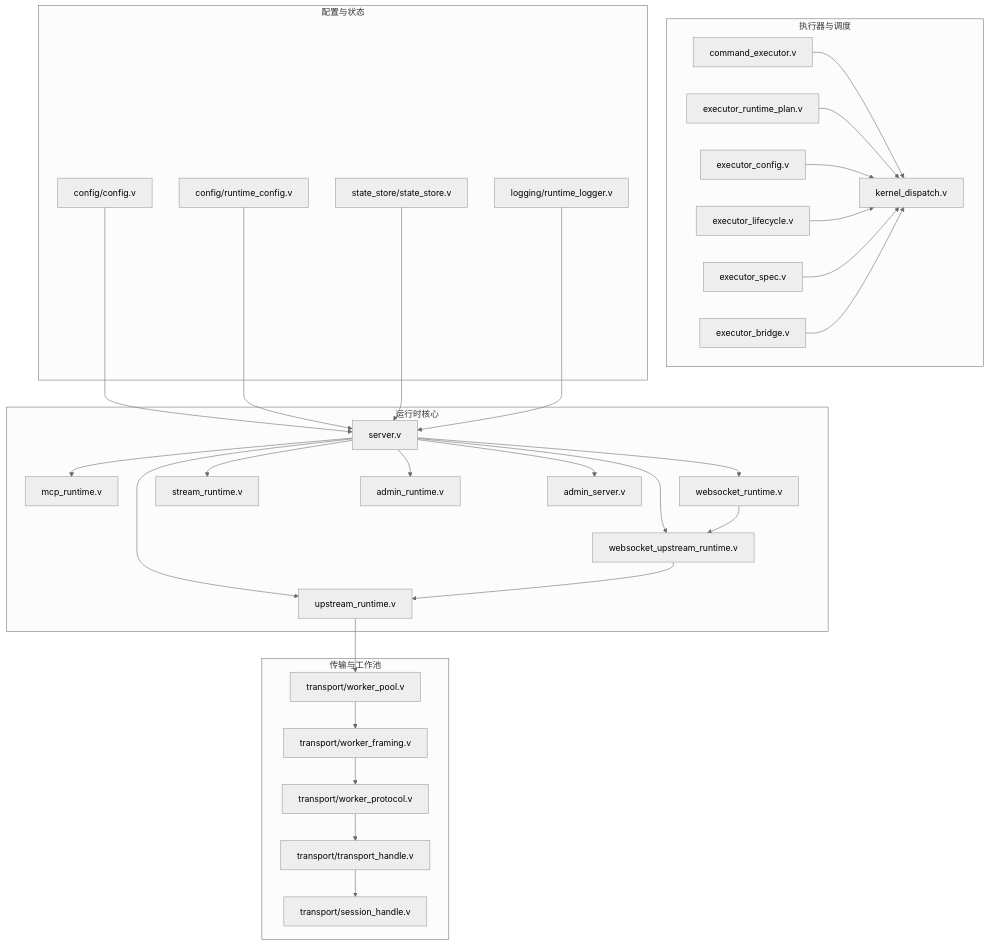
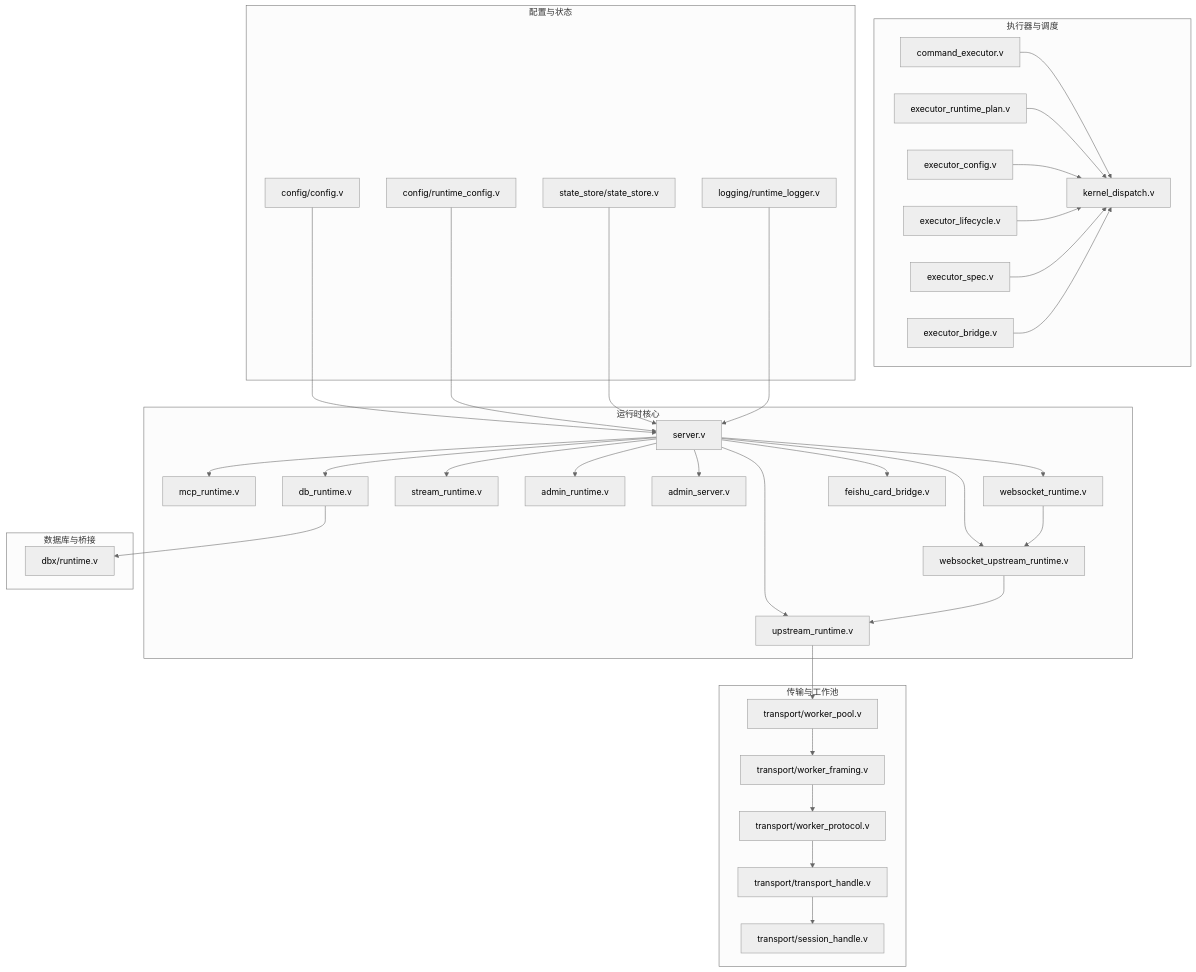
Before and after one commit to guweigang/vhttpd: the first of 10 diagrams in .qoder/repowiki/zh/content/运行时组件/运行时组件.md, drawn with Mermaid (neutral theme). The commit also changed other lines of this file and 54 other files, not shown here.

First line of the commit message:
refactor(feishu): extract API and bridge logic into separate modules

````diff
--- a/.qoder/repowiki/zh/content/运行时组件/运行时组件.md
+++ b/.qoder/repowiki/zh/content/运行时组件/运行时组件.md
@@ -91,59 +108,67 @@
 ```mermaid
 graph TB
 subgraph "运行时核心"
 SR["server.v"]
 MR["mcp_runtime.v"]
 WR["websocket_runtime.v"]
 WUR["websocket_upstream_runtime.v"]
 UR["upstream_runtime.v"]
 STR["stream_runtime.v"]
 AR["admin_runtime.v"]
 AS["admin_server.v"]
+DBR["db_runtime.v"]
+FCB["feishu_card_bridge.v"]
 end
 subgraph "传输与工作池"
 WP["transport/worker_pool.v"]
 WF["transport/worker_framing.v"]
 WH["transport/worker_protocol.v"]
 TH["transport/transport_handle.v"]
 SH["transport/session_handle.v"]
 end
 subgraph "执行器与调度"
 CE["command_executor.v"]
 ER["executor_runtime_plan.v"]
 EC["executor_config.v"]
 EL["executor_lifecycle.v"]
 ES["executor_spec.v"]
 KD["kernel_dispatch.v"]
 EB["executor_bridge.v"]
 end
 subgraph "配置与状态"
 CFG["config/config.v"]
 RCFG["config/runtime_config.v"]
 SS["state_store/state_store.v"]
 LOG["logging/runtime_logger.v"]
 end
+subgraph "数据库与桥接"
+DBX["dbx/runtime.v"]
+end
 SR --> MR
 SR --> WR
 SR --> WUR
 SR --> UR
 SR --> STR
 SR --> AR
 SR --> AS
+SR --> DBR
+SR --> FCB
 WR --> WUR
 WUR --> UR
 UR --> WP
+DBR --> DBX
 CE --> KD
 ER --> KD
 EC --> KD
 EL --> KD
 ES --> KD
 EB --> KD
 WP --> WF
 WF --> WH
 WH --> TH
 TH --> SH
 CFG --> SR
 RCFG --> SR
 SS --> SR
 LOG --> SR
 ```
````
